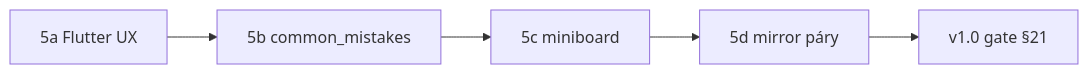
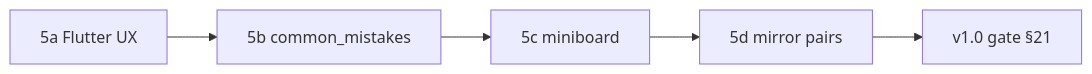
Before and after one commit to AlfredKrutina/chess_esp32_c6_devkit: the sixth of 6 diagrams in docs/reference/OPENING_TRAINING_PLAN.md, drawn with Mermaid. The commit also changed other lines of this file and 372 other files, not shown here.

````diff
--- a/docs/reference/OPENING_TRAINING_PLAN.md
+++ b/docs/reference/OPENING_TRAINING_PLAN.md
@@ -1370,7 +1370,7 @@
 ```mermaid
 flowchart LR
   A[5a Flutter UX] --> B[5b common_mistakes]
   B --> C[5c miniboard]
-  C --> D[5d mirror páry]
+  C --> D[5d mirror pairs]
   D --> G[v1.0 gate §21]
 ```
````
